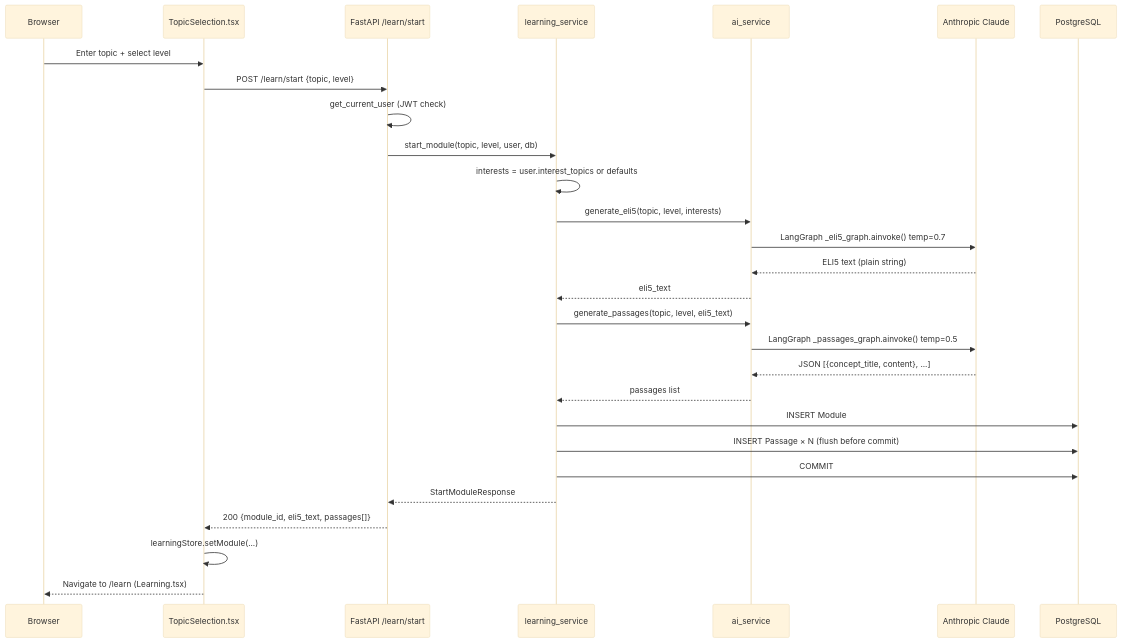
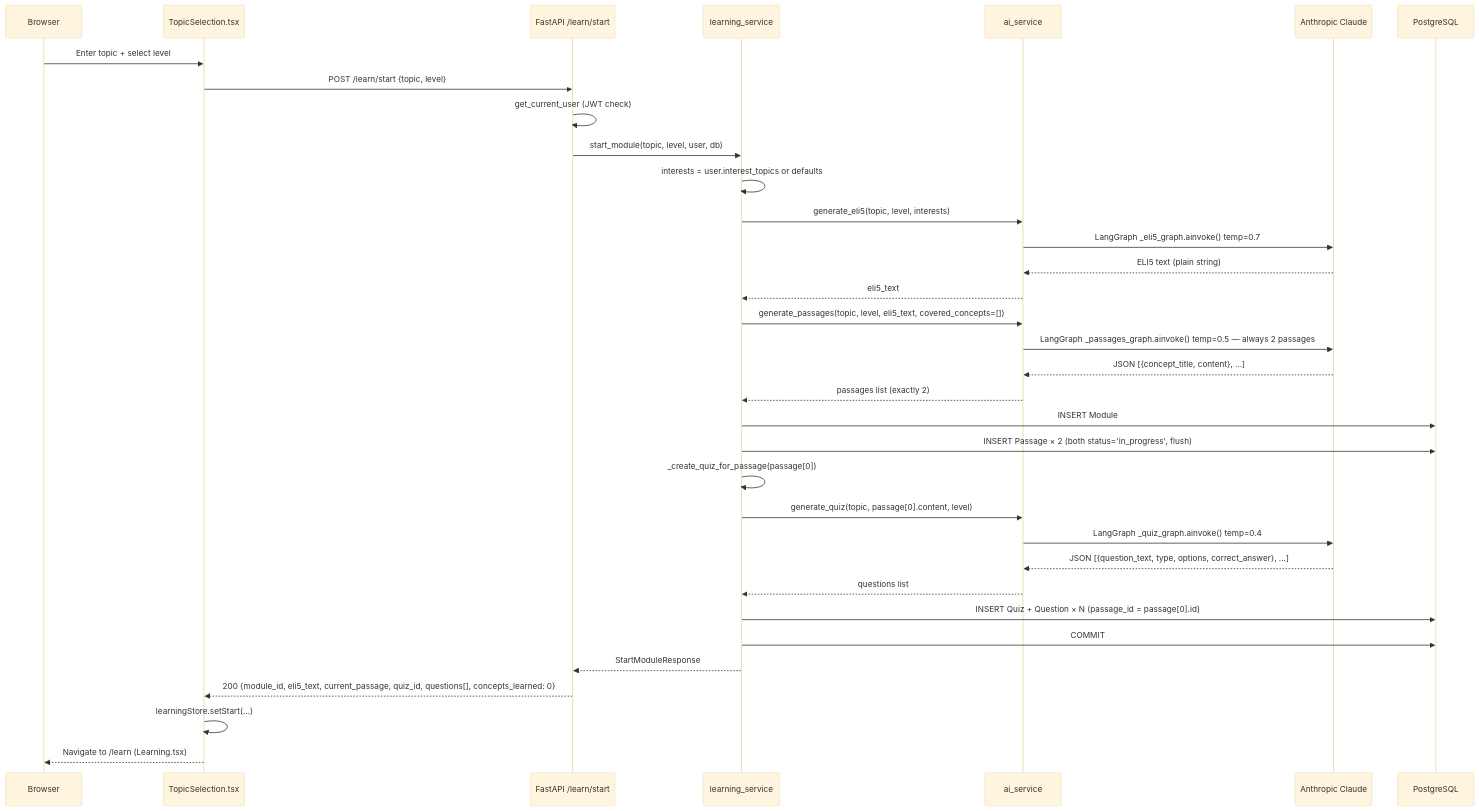
The fourth of 8 diagrams in SYSTEM_BREAKDOWN.md (Raahul-G/MasterMindAI), drawn with Mermaid (base theme) before and after one commit. The commit also changed other lines of this file and 16 other files, not shown here.

````diff
--- a/SYSTEM_BREAKDOWN.md
+++ b/SYSTEM_BREAKDOWN.md
@@ -511,31 +540,37 @@
 ```mermaid
 sequenceDiagram
     participant Browser
     participant React as TopicSelection.tsx
     participant API as FastAPI /learn/start
     participant LearnSvc as learning_service
     participant AISvc as ai_service
     participant LLM as Anthropic Claude
     participant DB as PostgreSQL
 
     Browser->>React: Enter topic + select level
     React->>API: POST /learn/start {topic, level}
     API->>API: get_current_user (JWT check)
     API->>LearnSvc: start_module(topic, level, user, db)
     LearnSvc->>LearnSvc: interests = user.interest_topics or defaults
     LearnSvc->>AISvc: generate_eli5(topic, level, interests)
     AISvc->>LLM: LangGraph _eli5_graph.ainvoke() temp=0.7
     LLM-->>AISvc: ELI5 text (plain string)
     AISvc-->>LearnSvc: eli5_text
-    LearnSvc->>AISvc: generate_passages(topic, level, eli5_text)
-    AISvc->>LLM: LangGraph _passages_graph.ainvoke() temp=0.5
+    LearnSvc->>AISvc: generate_passages(topic, level, eli5_text, covered_concepts=[])
+    AISvc->>LLM: LangGraph _passages_graph.ainvoke() temp=0.5 — always 2 passages
     LLM-->>AISvc: JSON [{concept_title, content}, ...]
-    AISvc-->>LearnSvc: passages list
+    AISvc-->>LearnSvc: passages list (exactly 2)
     LearnSvc->>DB: INSERT Module
-    LearnSvc->>DB: INSERT Passage × N (flush before commit)
+    LearnSvc->>DB: INSERT Passage × 2 (both status='in_progress', flush)
+    LearnSvc->>LearnSvc: _create_quiz_for_passage(passage[0])
+    LearnSvc->>AISvc: generate_quiz(topic, passage[0].content, level)
+    AISvc->>LLM: LangGraph _quiz_graph.ainvoke() temp=0.4
+    LLM-->>AISvc: JSON [{question_text, type, options, correct_answer}, ...]
+    AISvc-->>LearnSvc: questions list
+    LearnSvc->>DB: INSERT Quiz + Question × N (passage_id = passage[0].id)
     LearnSvc->>DB: COMMIT
     LearnSvc-->>API: StartModuleResponse
-    API-->>React: 200 {module_id, eli5_text, passages[]}
-    React->>React: learningStore.setModule(...)
+    API-->>React: 200 {module_id, eli5_text, current_passage, quiz_id, questions[], concepts_learned: 0}
+    React->>React: learningStore.setStart(...)
     React-->>Browser: Navigate to /learn (Learning.tsx)
 ```
````
